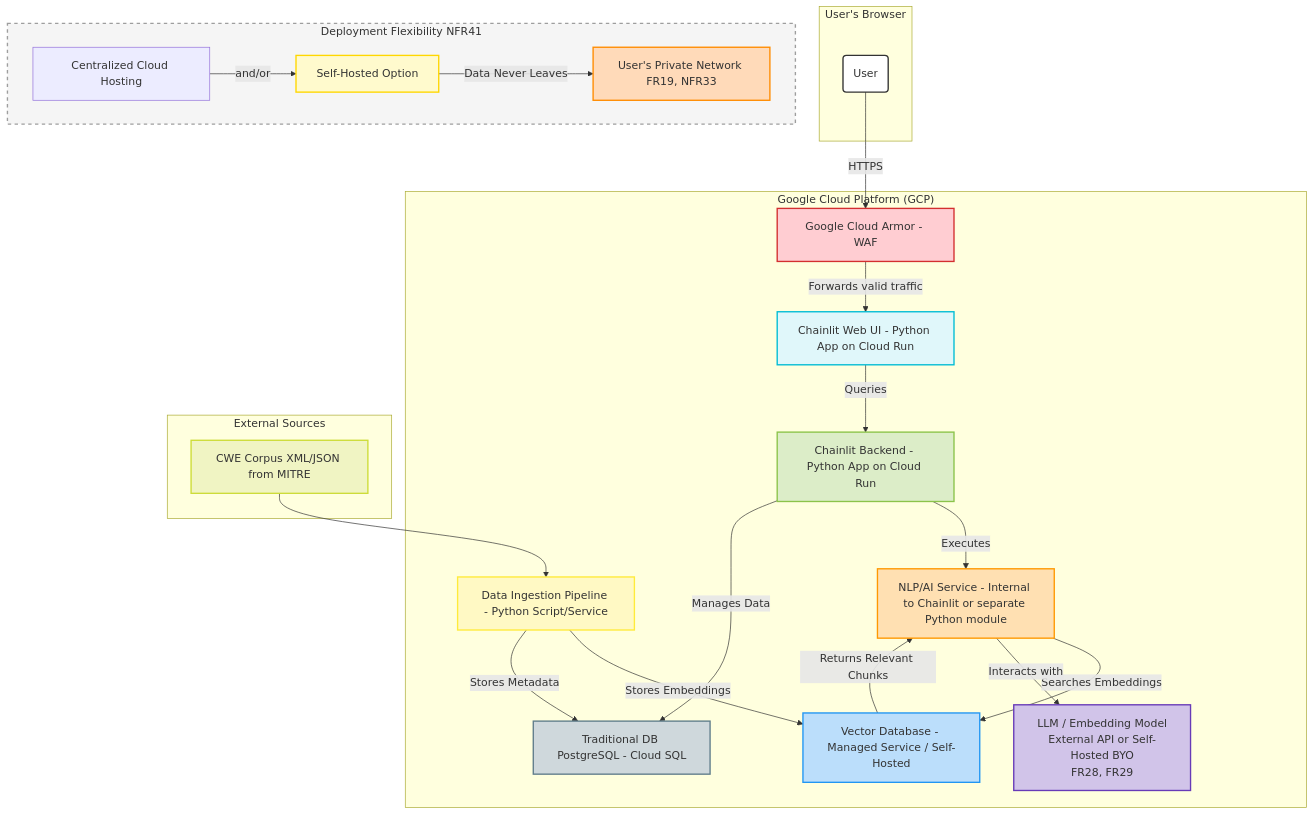
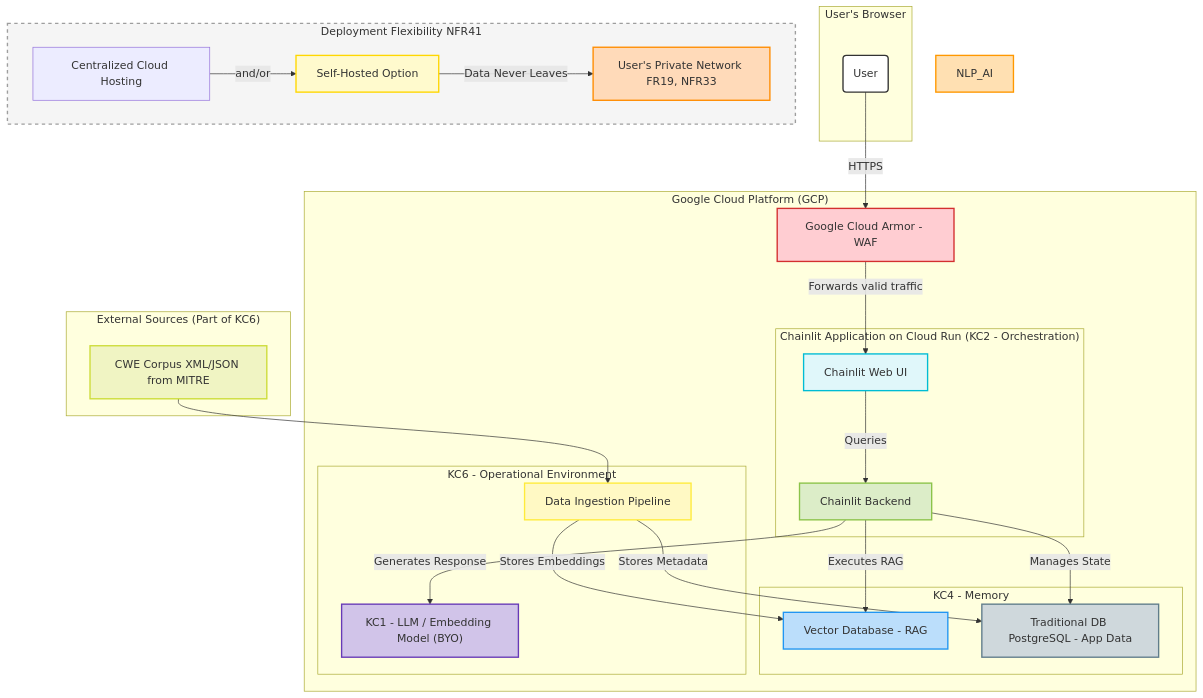
The third of 5 diagrams in docs/architecture.md (CWE-ChatBot/CWE-ChatBot), drawn with Mermaid before and after one commit. The commit also changed other lines of this file and 8 other files, not shown here.

````diff
--- a/docs/architecture.md
+++ b/docs/architecture.md
@@ -122,56 +127,57 @@
 ```mermaid
-  graph TD
+graph TD
     subgraph "User's Browser"
         User(User)
     end
 
     subgraph "Google Cloud Platform (GCP)"
         WAF[Google Cloud Armor - WAF]
-        WebUI[Chainlit Web UI - Python App on Cloud Run]
-        BackendAPI[Chainlit Backend - Python App on Cloud Run]
-        VectorDB[Vector Database - Managed Service / Self-Hosted]
-        TraditionalDB[Traditional DB PostgreSQL - Cloud SQL]
-        DataIngestion[Data Ingestion Pipeline - Python Script/Service]
-        LLM[LLM / Embedding Model<br>External API or Self-Hosted BYO<br>FR28, FR29]
+        subgraph "Chainlit Application on Cloud Run (KC2 - Orchestration)"
+            WebUI[Chainlit Web UI]
+            BackendAPI[Chainlit Backend]
+        end
+        subgraph "KC4 - Memory"
+            VectorDB[Vector Database - RAG]
+            TraditionalDB[Traditional DB PostgreSQL - App Data]
+        end
+        subgraph "KC6 - Operational Environment"
+             DataIngestion[Data Ingestion Pipeline]
+             LLM["KC1 - LLM / Embedding Model (BYO)"]
+        end
 
         User -- HTTPS --> WAF
         WAF -- Forwards valid traffic --> WebUI
-
         WebUI -- Queries --> BackendAPI
-
-        BackendAPI -- Executes --> NLP_AI[NLP/AI Service - Internal to Chainlit or separate Python module]
-        NLP_AI -- Searches Embeddings --> VectorDB
-        VectorDB -- Returns Relevant Chunks --> NLP_AI
-        NLP_AI -- Interacts with --> LLM
-
-        BackendAPI -- Manages Data --> TraditionalDB
+        BackendAPI -- Executes RAG --> VectorDB
+        BackendAPI -- Generates Response --> LLM
+        BackendAPI -- Manages State --> TraditionalDB
     end
 
-    subgraph "External Sources"
+    subgraph "External Sources (Part of KC6)"
         CWE_Data[CWE Corpus XML/JSON from MITRE]
     end
 
     CWE_Data --> DataIngestion
     DataIngestion -- Stores Embeddings --> VectorDB
     DataIngestion -- Stores Metadata --> TraditionalDB
 
     subgraph DeploymentFlexibility [Deployment Flexibility NFR41]
         Direction[Centralized Cloud Hosting] --and/or--> SelfHost[Self-Hosted Option]
         SelfHost -- Data Never Leaves --> UserNetwork[User's Private Network FR19, NFR33]
     end
 
     style User fill:#FFF,stroke:#333,stroke-width:2px
     style WAF fill:#FFCDD2,stroke:#D32F2F,stroke-width:2px
     style WebUI fill:#E0F7FA,stroke:#00BCD4,stroke-width:2px
     style BackendAPI fill:#DCEDC8,stroke:#8BC34A,stroke-width:2px
     style NLP_AI fill:#FFE0B2,stroke:#FF9800,stroke-width:2px
     style VectorDB fill:#BBDEFB,stroke:#2196F3,stroke-width:2px
     style TraditionalDB fill:#CFD8DC,stroke:#607D8B,stroke-width:2px
     style CWE_Data fill:#F0F4C3,stroke:#CDDC39,stroke-width:2px
     style DataIngestion fill:#FFF9C4,stroke:#FFEB3B,stroke-width:2px
     style LLM fill:#D1C4E9,stroke:#673AB7,stroke-width:2px
     style DeploymentFlexibility fill:#F5F5F5,stroke:#9E9E9E,stroke-width:2px,stroke-dasharray: 5 5
     style SelfHost fill:#FFFACD,stroke:#FFD700,stroke-width:2px
     style UserNetwork fill:#FFDAB9,stroke:#FF8C00,stroke-width:2px
 
 ```
````
